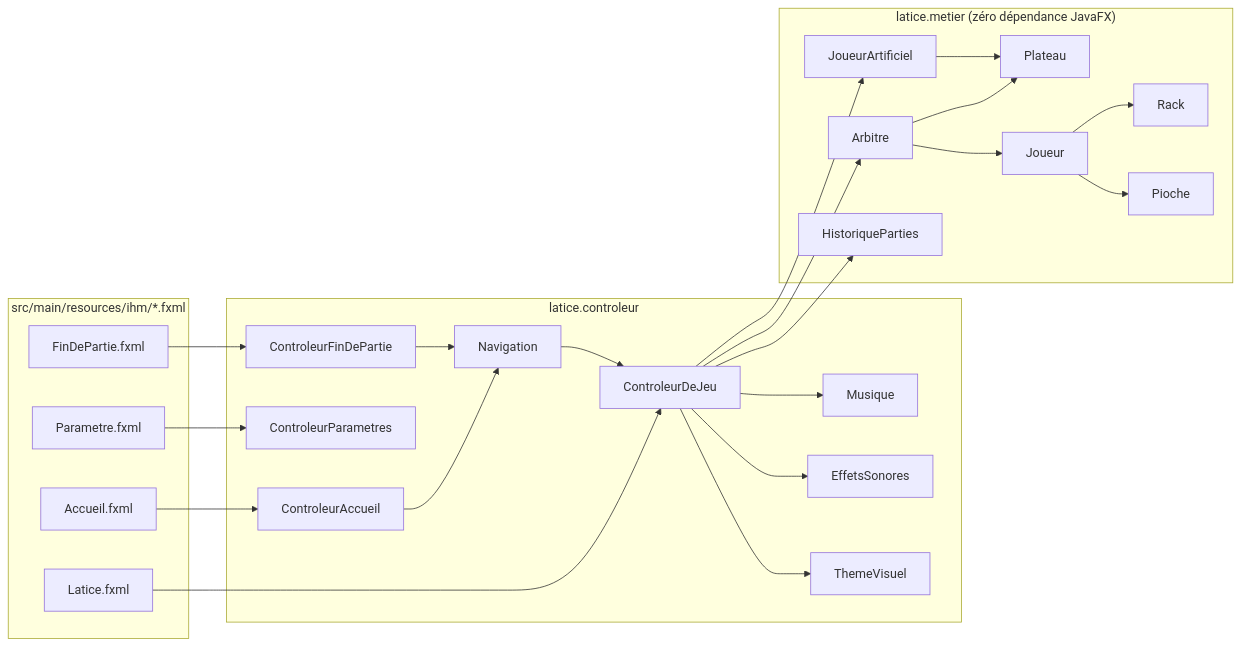
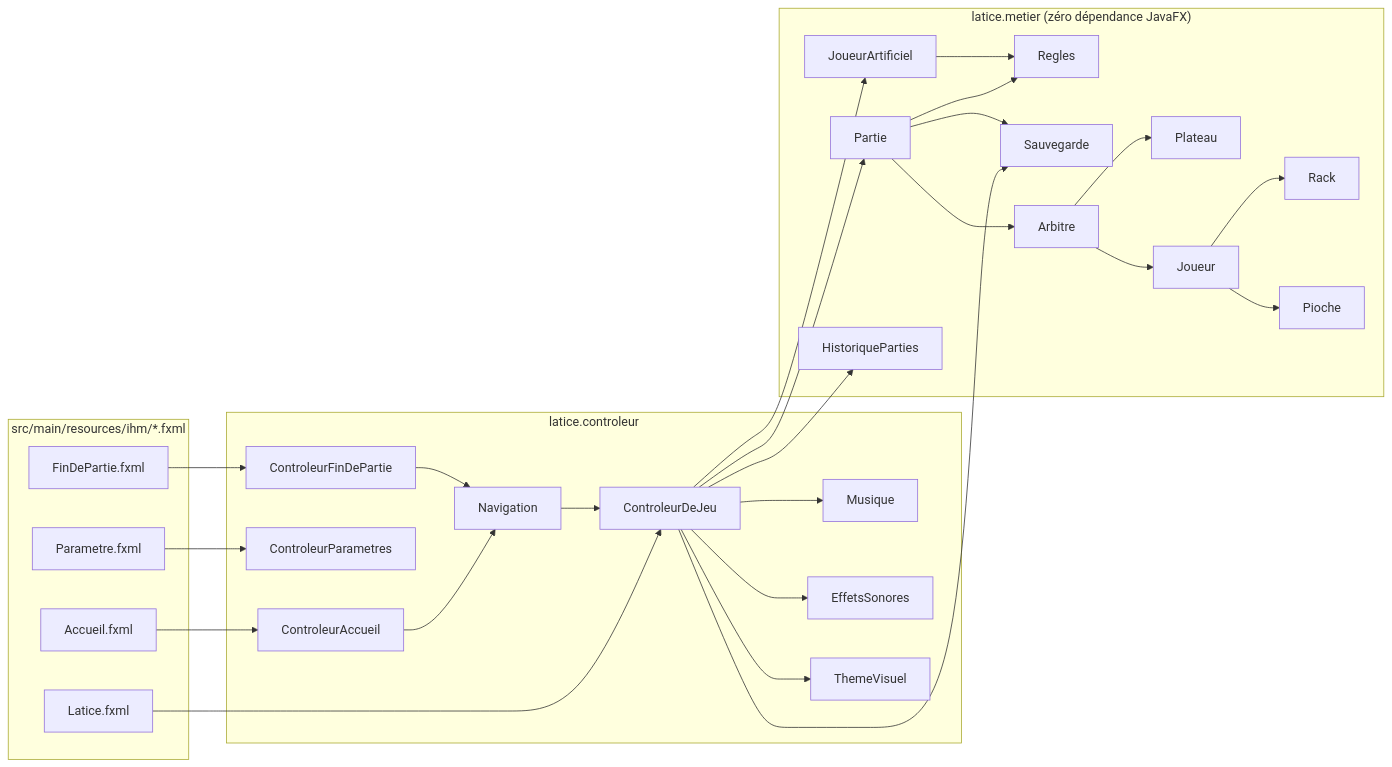
One commit to sdelmart/latice changed the first of 3 diagrams in docs/ARCHITECTURE.md. Above: the diagram before and after it, drawn with Mermaid. The commit also changed other lines of this file and 10 other files, not shown here.

````diff
--- a/docs/ARCHITECTURE.md
+++ b/docs/ARCHITECTURE.md
@@ -9,52 +9,59 @@
 ```mermaid
 flowchart LR
     subgraph UI["src/main/resources/ihm/*.fxml"]
         A[Accueil.fxml]
         L[Latice.fxml]
         P[Parametre.fxml]
         F[FinDePartie.fxml]
     end
 
     subgraph Controleur["latice.controleur"]
         CA[ControleurAccueil]
         CJ[ControleurDeJeu]
         CP[ControleurParametres]
         CF[ControleurFinDePartie]
         NAV[Navigation]
         MUS[Musique]
         SFX[EffetsSonores]
         THEME[ThemeVisuel]
     end
 
     subgraph Metier["latice.metier (zéro dépendance JavaFX)"]
+        PAR[Partie]
+        REG[Regles]
+        SAV[Sauvegarde]
+        IA[JoueurArtificiel]
+        HIST[HistoriqueParties]
         ARB[Arbitre]
         PLA[Plateau]
         JOU[Joueur]
         RAC[Rack]
         PIO[Pioche]
-        IA[JoueurArtificiel]
-        HIST[HistoriqueParties]
     end
 
     A --> CA
     L --> CJ
     P --> CP
     F --> CF
 
     CA --> NAV
     CF --> NAV
     NAV --> CJ
 
-    CJ --> ARB
+    CJ --> PAR
     CJ --> IA
+    CJ --> SAV
     CJ --> HIST
     CJ --> MUS
     CJ --> SFX
     CJ --> THEME
 
+    PAR --> REG
+    PAR --> ARB
+    PAR --> SAV
+    IA --> REG
     ARB --> JOU
     ARB --> PLA
     JOU --> RAC
     JOU --> PIO
-    IA --> PLA
 ```
````
